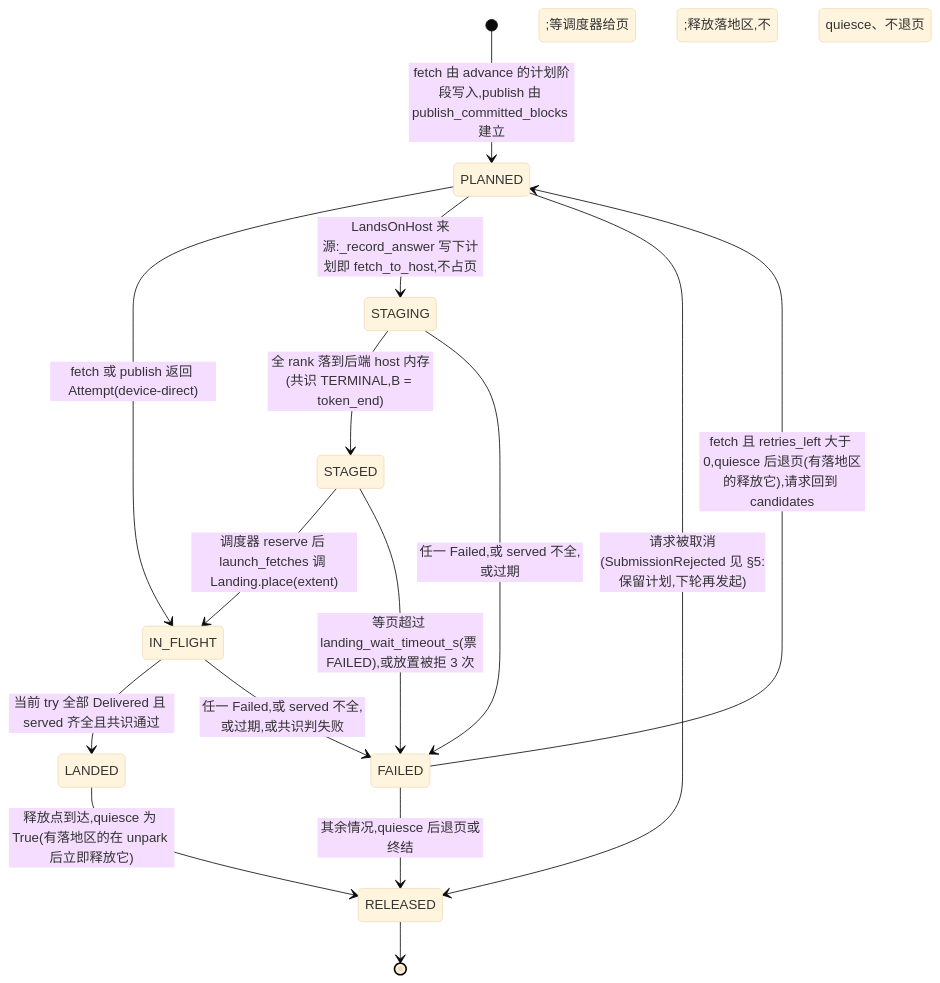
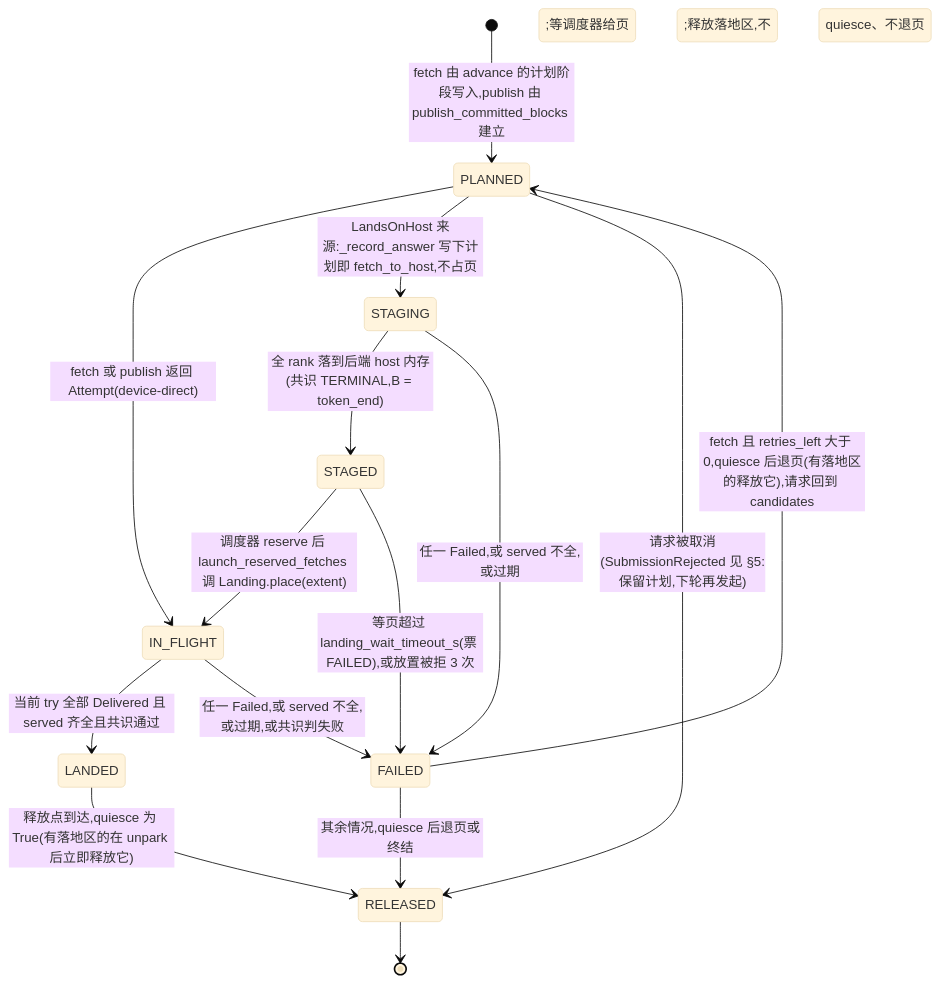
The fourth of 6 diagrams in docs/shared/KV_TRANSFER_COORDINATOR_DESIGN.zh.md (chuangz0/TensorRT-LLM), drawn with Mermaid (base theme) before and after one commit. The commit also changed other lines of this file and 33 other files, not shown here.

````diff
--- a/docs/shared/KV_TRANSFER_COORDINATOR_DESIGN.zh.md
+++ b/docs/shared/KV_TRANSFER_COORDINATOR_DESIGN.zh.md
@@ -260,17 +260,17 @@
 ```mermaid
 stateDiagram-v2
     [*] --> PLANNED: fetch 由 advance 的计划阶段写入,publish 由 publish_committed_blocks 建立
     PLANNED --> IN_FLIGHT: fetch 或 publish 返回 Attempt(device-direct)
     PLANNED --> STAGING: LandsOnHost 来源:_record_answer 写下计划即 fetch_to_host,不占页
     PLANNED --> RELEASED: 请求被取消(SubmissionRejected 见 §5:保留计划,下轮再发起)
     STAGING --> STAGED: 全 rank 落到后端 host 内存(共识 TERMINAL,B = token_end);等调度器给页
     STAGING --> FAILED: 任一 Failed,或 served 不全,或过期;释放落地区,不 quiesce、不退页
-    STAGED --> IN_FLIGHT: 调度器 reserve 后 launch_fetches 调 Landing.place(extent)
+    STAGED --> IN_FLIGHT: 调度器 reserve 后 launch_reserved_fetches 调 Landing.place(extent)
     STAGED --> FAILED: 等页超过 landing_wait_timeout_s(票 FAILED),或放置被拒 3 次
     IN_FLIGHT --> LANDED: 当前 try 全部 Delivered 且 served 齐全且共识通过
     IN_FLIGHT --> FAILED: 任一 Failed,或 served 不全,或过期,或共识判失败
     LANDED --> RELEASED: 释放点到达,quiesce 为 True(有落地区的在 unpark 后立即释放它)
     FAILED --> PLANNED: fetch 且 retries_left 大于 0,quiesce 后退页(有落地区的释放它),请求回到 candidates
     FAILED --> RELEASED: 其余情况,quiesce 后退页或终结
     RELEASED --> [*]
 ```
````
